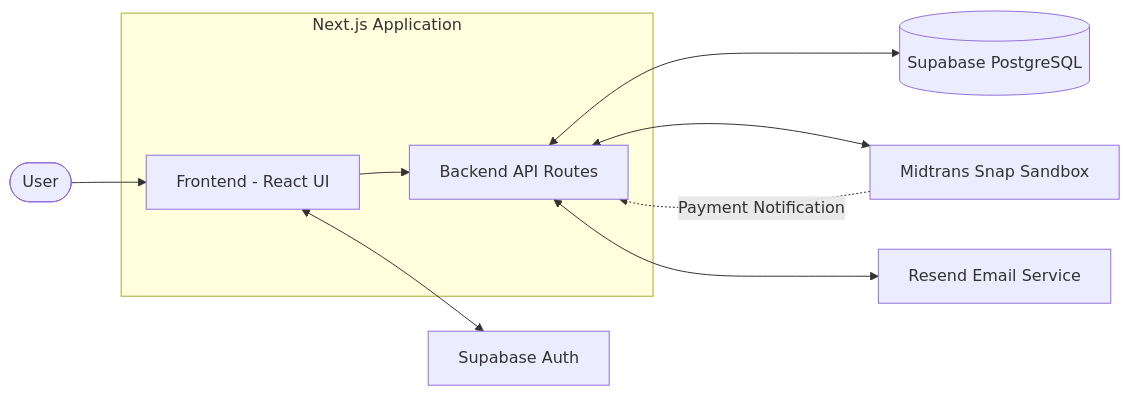
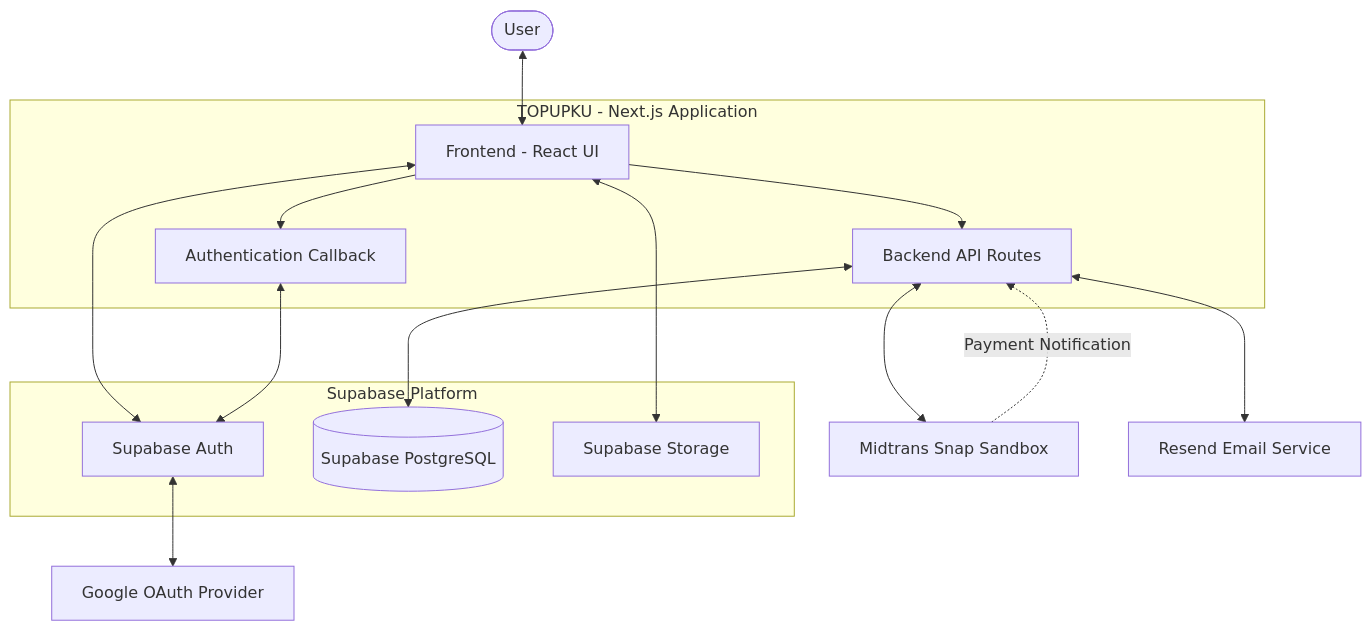
The first of 5 diagrams in README.md (imammularif/topupku), drawn with Mermaid before and after one commit. The commit also changed other lines of this file, not shown here.

Commit message:
Revise system architecture and main components in README
Updated the README.md to provide a clearer description of the system architecture, including details about Next.js, Supabase, and integrations with Google OAuth, Midtrans, and Resend. Enhanced the flowchart and added more details about main components and workflows.

````diff
--- a/README.md
+++ b/README.md
@@ -222,22 +225,33 @@
 ```mermaid
-flowchart LR
+flowchart TB
     U([User])
 
-    subgraph APP["Next.js Application"]
+    subgraph APP["TOPUPKU - Next.js Application"]
         FE["Frontend - React UI"]
+        AUTHCB["Authentication Callback"]
         API["Backend API Routes"]
+
+        FE --> AUTHCB
         FE --> API
     end
 
-    DB[("Supabase PostgreSQL")]
-    AUTH["Supabase Auth"]
+    subgraph SUPABASE["Supabase Platform"]
+        SA["Supabase Auth"]
+        DB[("Supabase PostgreSQL")]
+        STORAGE["Supabase Storage"]
+    end
+
+    GOOGLE["Google OAuth Provider"]
     MT["Midtrans Snap Sandbox"]
     RS["Resend Email Service"]
 
-    U --> FE
+    U <--> FE
+    FE <--> SA
+    SA <--> GOOGLE
+    AUTHCB <--> SA
     API <--> DB
-    FE <--> AUTH
     API <--> MT
+    MT -.->|"Payment Notification"| API
     API <--> RS
-    MT -.->|"Payment Notification"| API
+    FE <--> STORAGE
 ```
````
